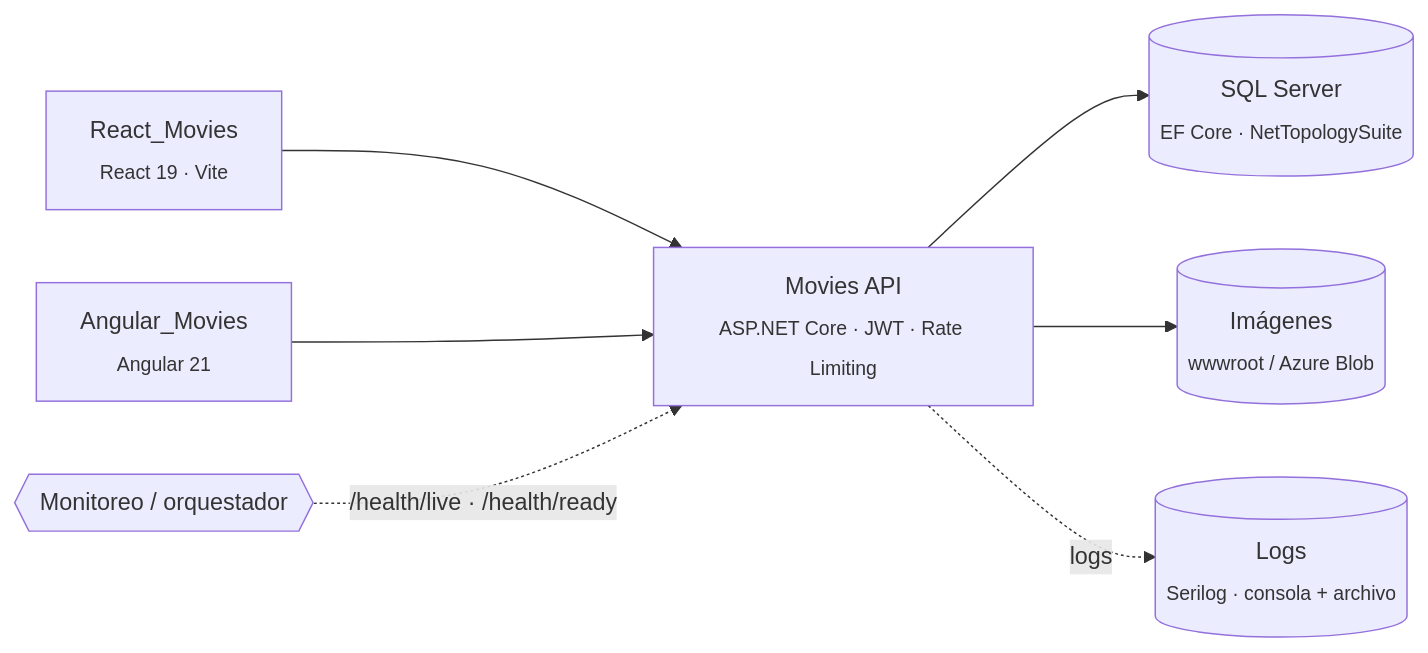
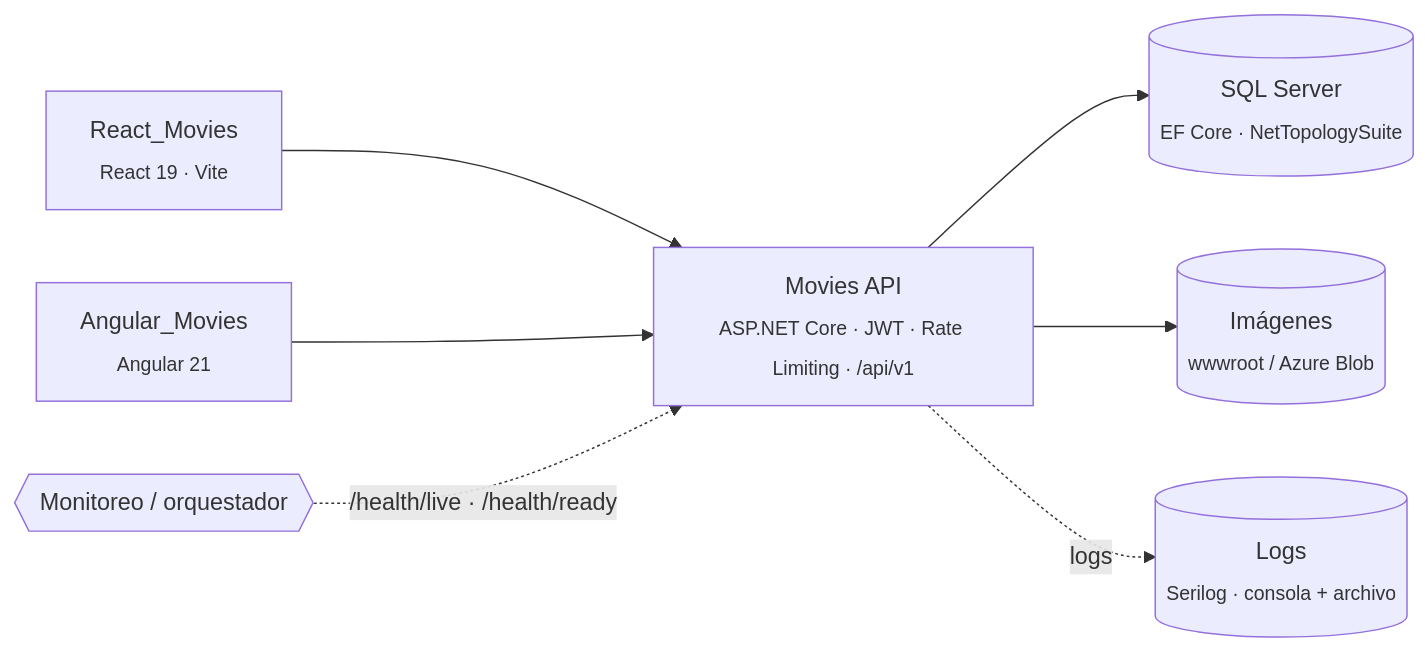
One commit to iliana212/API_Movies changed the diagram in README.md. Above: the diagram before and after it, drawn with Mermaid. The commit also changed other lines of this file and 26 other files, not shown here.

````diff
--- a/README.md
+++ b/README.md
@@ -27,9 +28,9 @@
 ```mermaid
 graph LR
     React["React_Movies<br/><sub>React 19 · Vite</sub>"] --> API
     Angular["Angular_Movies<br/><sub>Angular 21</sub>"] --> API
-    API["Movies API<br/><sub>ASP.NET Core · JWT · Rate Limiting</sub>"] --> DB[("SQL Server<br/><sub>EF Core · NetTopologySuite</sub>")]
+    API["Movies API<br/><sub>ASP.NET Core · JWT · Rate Limiting · /api/v1</sub>"] --> DB[("SQL Server<br/><sub>EF Core · NetTopologySuite</sub>")]
     API --> Storage[("Imágenes<br/><sub>wwwroot / Azure Blob</sub>")]
     API -. "logs" .-> Logs[("Logs<br/><sub>Serilog · consola + archivo</sub>")]
     Monitor{{"Monitoreo / orquestador"}} -. "/health/live · /health/ready" .-> API
 ```
````
